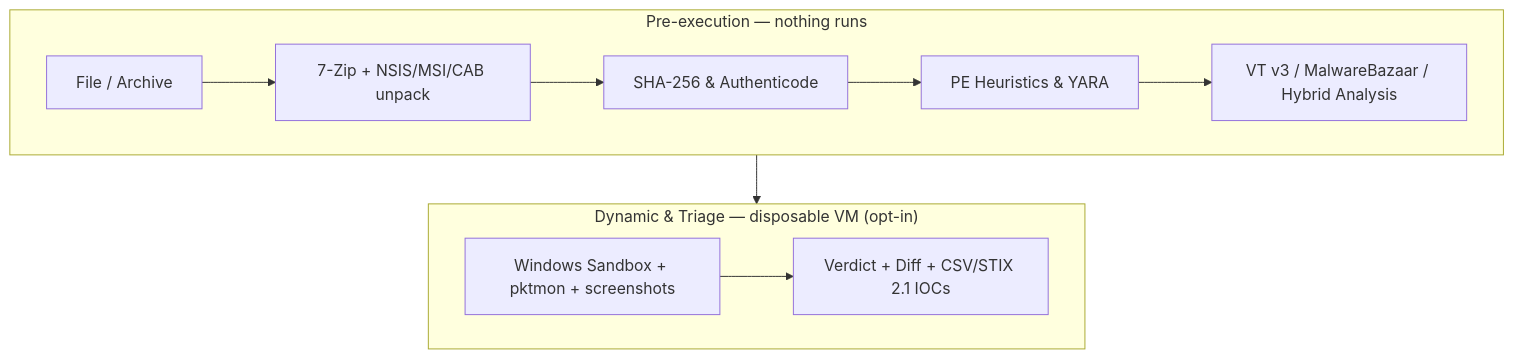
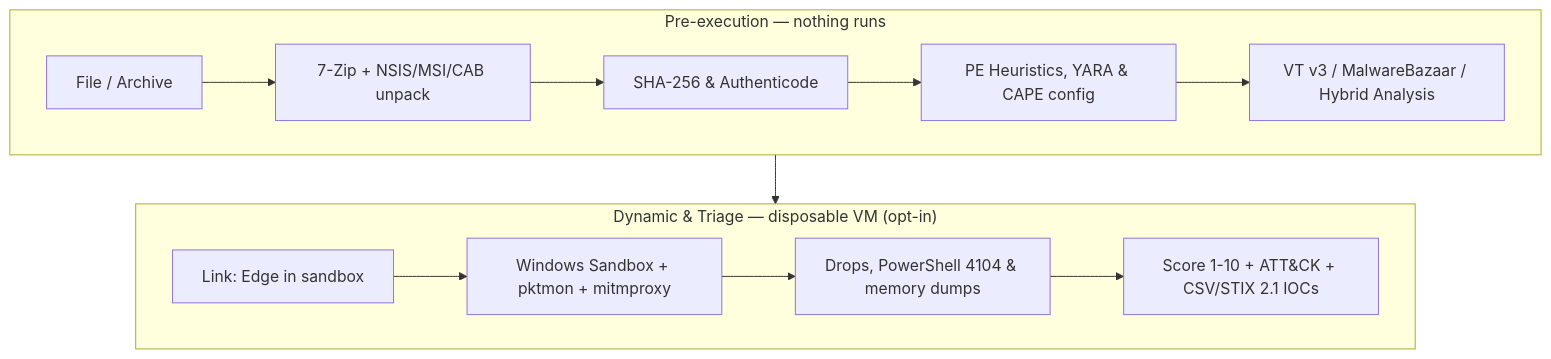
The second of 5 diagrams in README.md (erkinavcii/erkinavcii), drawn with Mermaid before and after one commit. The commit also changed other lines of this file, not shown here.

Commit message:
docs: update SafeBox section with link analysis, config extraction, HTTPS decryption and ATT&CK scoring

````diff
--- a/README.md
+++ b/README.md
@@ -165,15 +167,17 @@
 ```mermaid
 flowchart TB
     subgraph S1 ["Pre-execution — nothing runs"]
         direction LR
         A[File / Archive] --> B[7-Zip + NSIS/MSI/CAB unpack]
         B --> C[SHA-256 & Authenticode]
-        C --> D[PE Heuristics & YARA]
+        C --> D[PE Heuristics, YARA & CAPE config]
         D --> E[VT v3 / MalwareBazaar / Hybrid Analysis]
     end
     subgraph S2 ["Dynamic & Triage — disposable VM (opt-in)"]
         direction LR
-        F[Windows Sandbox + pktmon + screenshots] --> G[Verdict + Diff + CSV/STIX 2.1 IOCs]
+        U[Link: Edge in sandbox] --> F
+        F[Windows Sandbox + pktmon + mitmproxy] --> M[Drops, PowerShell 4104 & memory dumps]
+        M --> G[Score 1-10 + ATT&CK + CSV/STIX 2.1 IOCs]
     end
     E --> F
 ```
````
